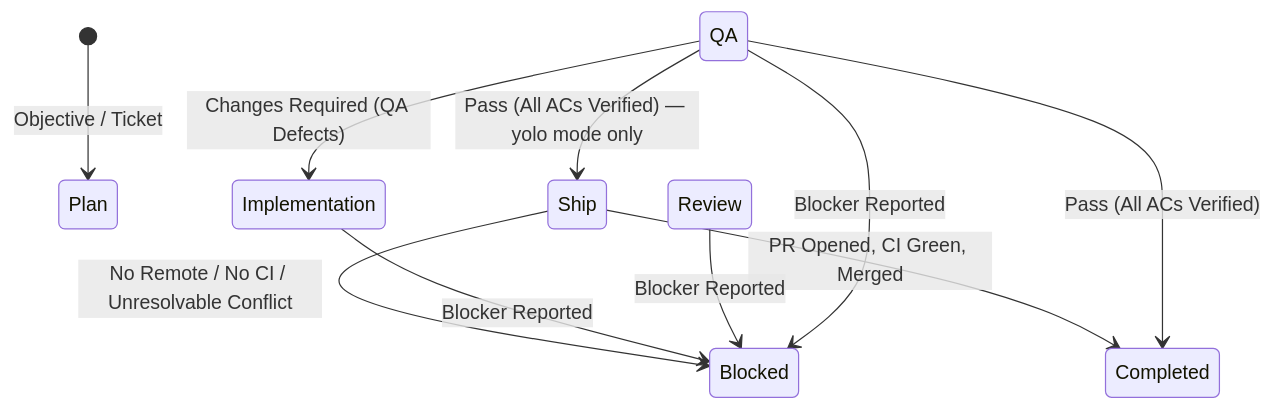
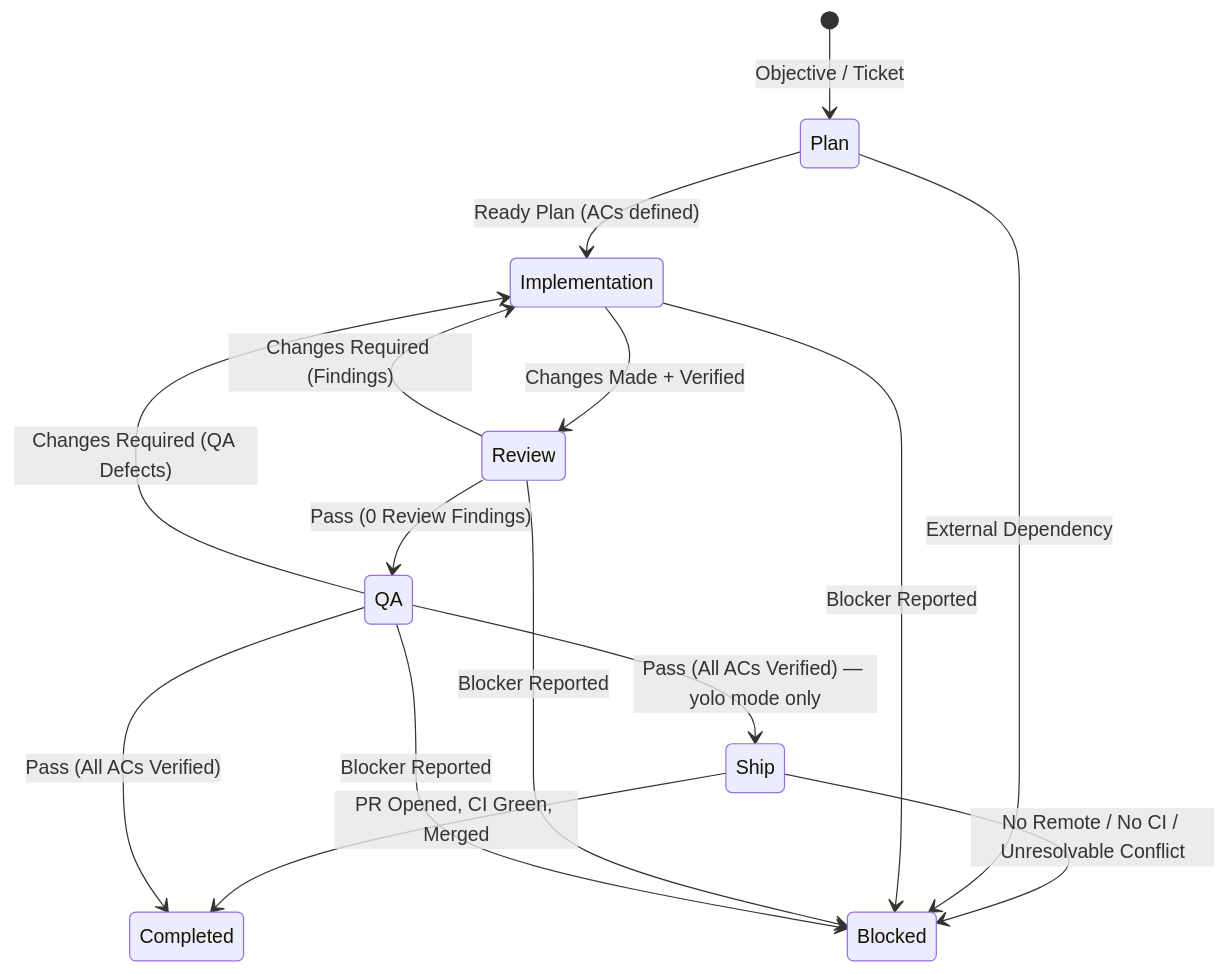
Before and after one commit to get-aop/aop-plugin: the diagram in README.md, drawn with Mermaid. The commit also changed 4 other files, not shown here.

Commit message:
fix(review): aopy findings F1-F11 — clear retested findings after QA pass, http(s) prUrl validation, five-artifact result floor, mode-gated ship stage and meta phases, restored types and diagram, Ship timer exemption test

````diff
--- a/README.md
+++ b/README.md
@@ -38,12 +38,17 @@
 ```mermaid
 stateDiagram-v2
     [*] --> Plan: Objective / Ticket
+    Plan --> Implementation: Ready Plan (ACs defined)
+    Implementation --> Review: Changes Made + Verified
+    Review --> Implementation: Changes Required (Findings)
+    Review --> QA: Pass (0 Review Findings)
     QA --> Implementation: Changes Required (QA Defects)
     QA --> Ship: Pass (All ACs Verified) — yolo mode only
     Ship --> Completed: PR Opened, CI Green, Merged
     Ship --> Blocked: No Remote / No CI / Unresolvable Conflict
     QA --> Completed: Pass (All ACs Verified)
+    Plan --> Blocked: External Dependency
     Implementation --> Blocked: Blocker Reported
     Review --> Blocked: Blocker Reported
     QA --> Blocked: Blocker Reported
 ```
````
